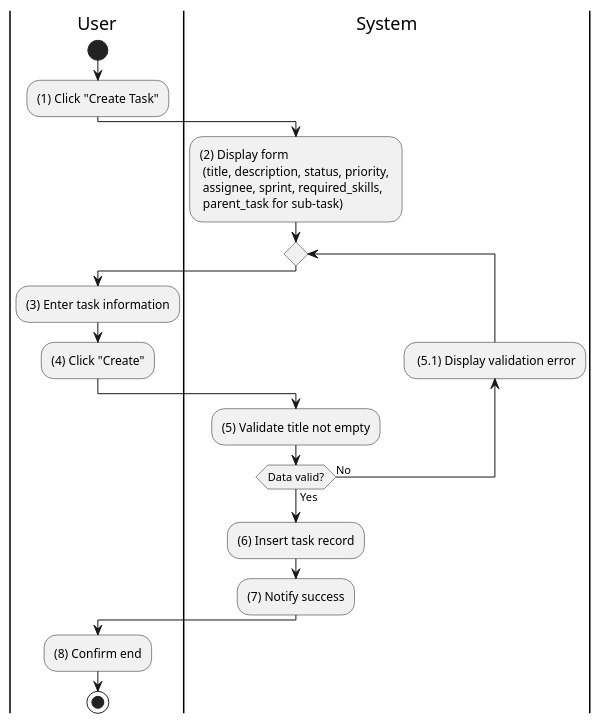
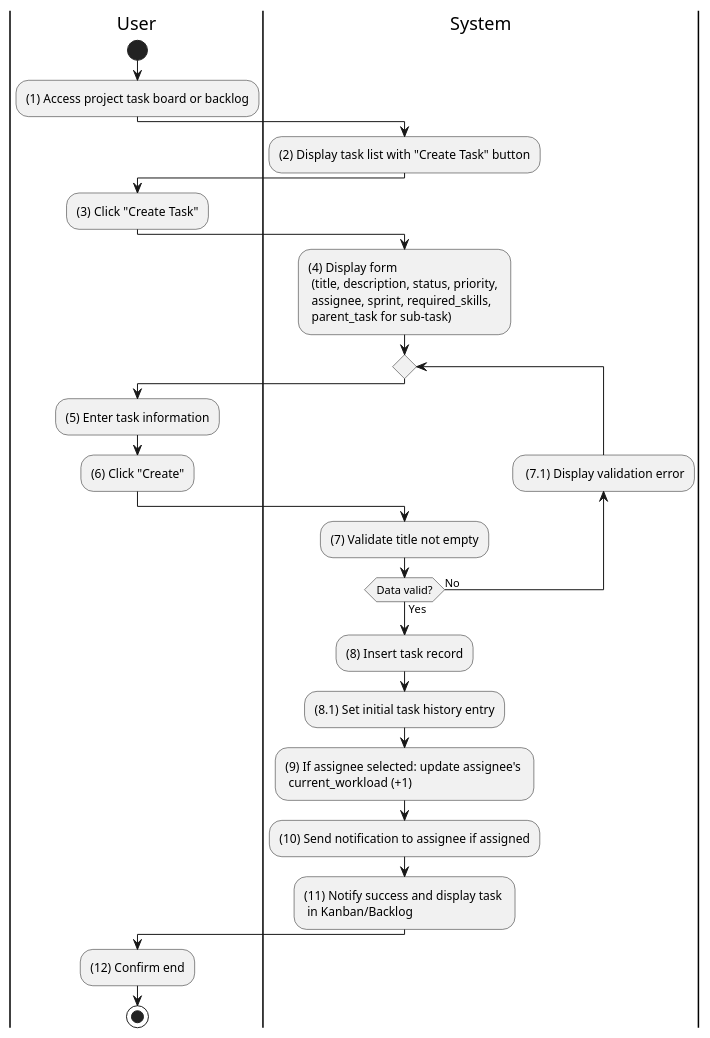
Before and after one commit to taskpilot-platform/taskpilot-platform.github.io: the diagram in docs/docs/activity/task-management/create-new-task.md, drawn with PlantUML. The commit also changed 17 other files, not shown here.

````diff
--- a/docs/docs/activity/task-management/create-new-task.md
+++ b/docs/docs/activity/task-management/create-new-task.md
@@ -3,31 +3,41 @@
 ```plantuml
 @startuml
+
 |U|User
 |S|System
 
 |U|
 start
-:(1) Click "Create Task";
+:(1) Access project task board or backlog;
 
 |S|
-:(2) Display form \n (title, description, status, priority, \n assignee, sprint, required_skills, \n parent_task for sub-task);
+:(2) Display task list with "Create Task" button;
+
+|U|
+:(3) Click "Create Task";
+
+|S|
+:(4) Display form \n (title, description, status, priority, \n assignee, sprint, required_skills, \n parent_task for sub-task);
 
 repeat
   |U|
-  :(3) Enter task information;
-  :(4) Click "Create";
+  :(5) Enter task information;
+  :(6) Click "Create";
 
   |S|
-  :(5) Validate title not empty;
-  backward: (5.1) Display validation error;
+  :(7) Validate title not empty;
+  backward: (7.1) Display validation error;
 repeat while (Data valid?) is (No) not (Yes)
 
-:(6) Insert task record;
-:(7) Notify success;
+:(8) Insert task record;
+:(8.1) Set initial task history entry;
+:(9) If assignee selected: update assignee's \n current_workload (+1);
+:(10) Send notification to assignee if assigned;
+:(11) Notify success and display task \n in Kanban/Backlog;
 
 |U|
-:(8) Confirm end;
+:(12) Confirm end;
 
 stop
 @enduml
 ```
````
